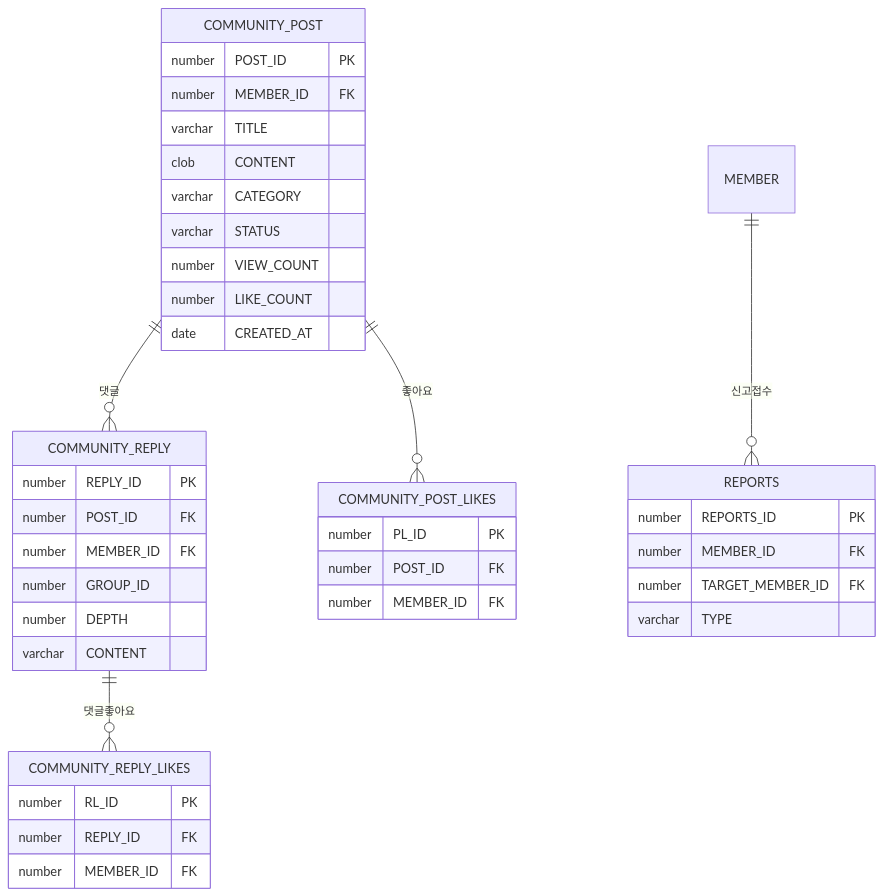
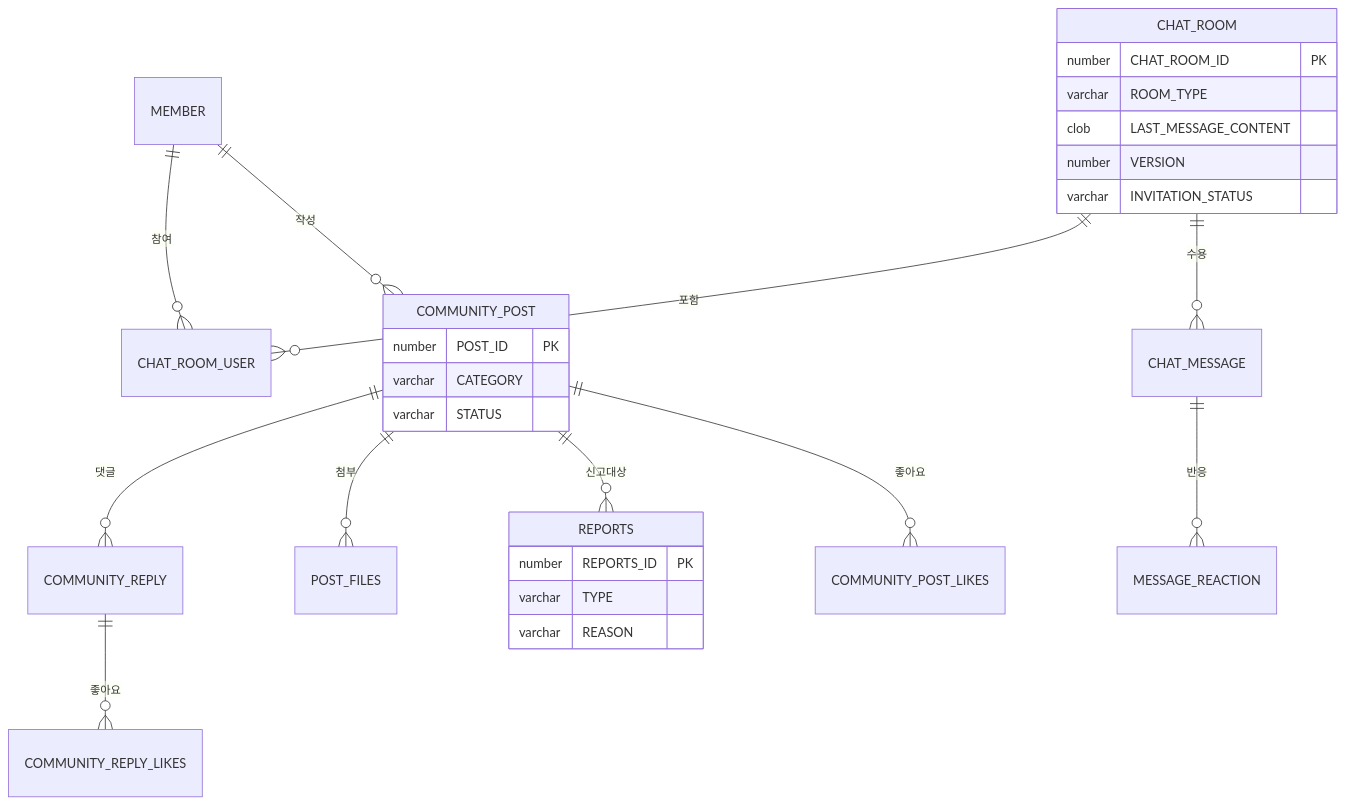
One commit to KJH-Portfolio/202602-Environmenta-Organization changed the fifth of 5 diagrams in erd.md. Above: the diagram before and after it, drawn with Mermaid. The commit also changed other lines of this file, not shown here.

````diff
--- a/erd.md
+++ b/erd.md
@@ -608,42 +862,32 @@
 ```mermaid
 erDiagram
+    MEMBER ||--o{ CHAT_ROOM_USER : "참여"
+    CHAT_ROOM ||--o{ CHAT_ROOM_USER : "포함"
+    CHAT_ROOM ||--o{ CHAT_MESSAGE : "수용"
+    CHAT_MESSAGE ||--o{ MESSAGE_REACTION : "반응"
+    
+    MEMBER ||--o{ COMMUNITY_POST : "작성"
+    COMMUNITY_POST ||--o{ COMMUNITY_REPLY : "댓글"
+    COMMUNITY_POST ||--o{ POST_FILES : "첨부"
+    COMMUNITY_POST ||--o{ REPORTS : "신고대상"
+    COMMUNITY_POST ||--o{ COMMUNITY_POST_LIKES : "좋아요"
+    COMMUNITY_REPLY ||--o{ COMMUNITY_REPLY_LIKES : "좋아요"
+    
+    CHAT_ROOM {
+        number CHAT_ROOM_ID PK
+        varchar ROOM_TYPE
+        clob LAST_MESSAGE_CONTENT
+        number VERSION
+        varchar INVITATION_STATUS
+    }
     COMMUNITY_POST {
         number POST_ID PK
-        number MEMBER_ID FK
-        varchar TITLE
-        clob CONTENT
         varchar CATEGORY
         varchar STATUS
-        number VIEW_COUNT
-        number LIKE_COUNT
-        date CREATED_AT
-    }
-    COMMUNITY_REPLY {
-        number REPLY_ID PK
-        number POST_ID FK
-        number MEMBER_ID FK
-        number GROUP_ID
-        number DEPTH
-        varchar CONTENT
-    }
-    COMMUNITY_POST_LIKES {
-        number PL_ID PK
-        number POST_ID FK
-        number MEMBER_ID FK
-    }
-    COMMUNITY_REPLY_LIKES {
-        number RL_ID PK
-        number REPLY_ID FK
-        number MEMBER_ID FK
     }
     REPORTS {
         number REPORTS_ID PK
-        number MEMBER_ID FK
-        number TARGET_MEMBER_ID FK
         varchar TYPE
+        varchar REASON
     }
-    COMMUNITY_POST ||--o{ COMMUNITY_REPLY : "댓글"
-    COMMUNITY_POST ||--o{ COMMUNITY_POST_LIKES : "좋아요"
-    COMMUNITY_REPLY ||--o{ COMMUNITY_REPLY_LIKES : "댓글좋아요"
-    MEMBER ||--o{ REPORTS : "신고접수"
 ```
````
